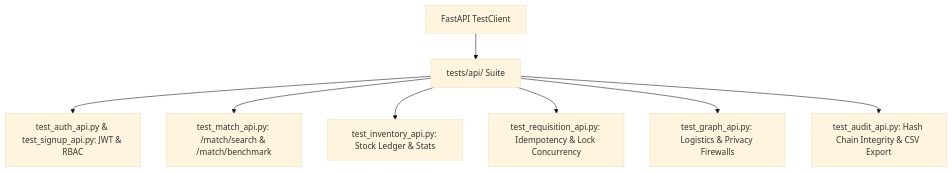
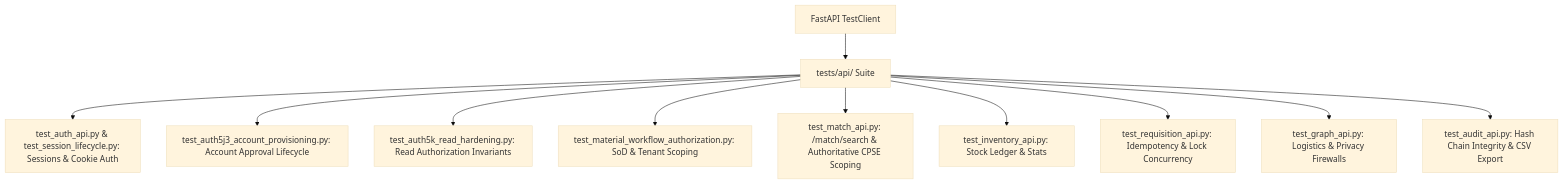
The diagram in tests/api/README.md (Gesicht436/Samanvay-AI), drawn with Mermaid (base theme) before and after one commit. The commit also changed other lines of this file and 20 other files, not shown here.

First line of the commit message:
docs: update architectural documentation, security specs, and dev runbooks for enterprise auth

````diff
--- a/tests/api/README.md
+++ b/tests/api/README.md
@@ -9,11 +9,14 @@
 ```mermaid
 flowchart TD
     TestClient["FastAPI TestClient"] --> APISuite["tests/api/ Suite"]
 
-    APISuite --> T_Auth["test_auth_api.py & test_signup_api.py: JWT & RBAC"]
-    APISuite --> T_Match["test_match_api.py: /match/search & /match/benchmark"]
+    APISuite --> T_Auth["test_auth_api.py & test_session_lifecycle.py: Sessions & Cookie Auth"]
+    APISuite --> T_Prov["test_auth5j3_account_provisioning.py: Account Approval Lifecycle"]
+    APISuite --> T_Hardening["test_auth5k_read_hardening.py: Read Authorization Invariants"]
+    APISuite --> T_Workflow["test_material_workflow_authorization.py: SoD & Tenant Scoping"]
+    APISuite --> T_Match["test_match_api.py: /match/search & Authoritative CPSE Scoping"]
     APISuite --> T_Inv["test_inventory_api.py: Stock Ledger & Stats"]
     APISuite --> T_Req["test_requisition_api.py: Idempotency & Lock Concurrency"]
     APISuite --> T_Graph["test_graph_api.py: Logistics & Privacy Firewalls"]
     APISuite --> T_Audit["test_audit_api.py: Hash Chain Integrity & CSV Export"]
 ```
````
